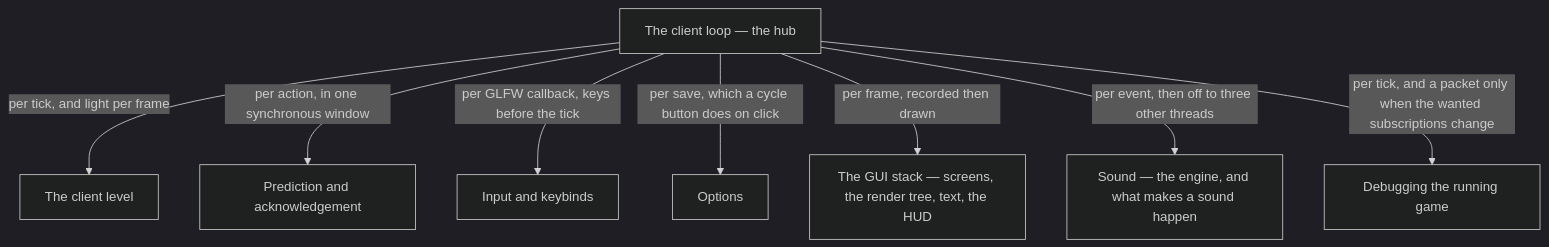
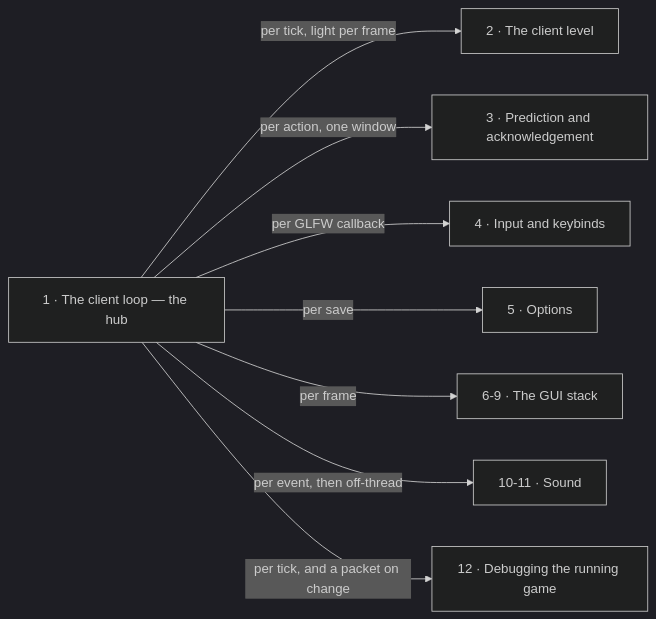
The diagram in src/systems/client/README.md (AlexanderjFraser/MinecraftDocs), drawn with Mermaid (dark theme) before and after one commit. The commit also changed other lines of this file and 18 other files, not shown here.

````diff
--- a/src/systems/client/README.md
+++ b/src/systems/client/README.md
@@ -29,18 +28,18 @@
 ```mermaid
-flowchart TD
-    LOOP["The client loop — the hub"]
-    LEVEL["The client level"]
-    PRED["Prediction and acknowledgement"]
-    INPUT["Input and keybinds"]
-    OPT["Options"]
-    GUI["The GUI stack — screens, the render tree, text, the HUD"]
-    SND["Sound — the engine, and what makes a sound happen"]
-    DBG["Debugging the running game"]
-    LOOP -- "per tick, and light per frame" --> LEVEL
-    LOOP -- "per action, in one synchronous window" --> PRED
-    LOOP -- "per GLFW callback, keys before the tick" --> INPUT
-    LOOP -- "per save, which a cycle button does on click" --> OPT
-    LOOP -- "per frame, recorded then drawn" --> GUI
-    LOOP -- "per event, then off to three other threads" --> SND
-    LOOP -- "per tick, and a packet only when the wanted subscriptions change" --> DBG
+flowchart LR
+    LOOP["1 · The client loop — the hub"]
+    LEVEL["2 · The client level"]
+    PRED["3 · Prediction and acknowledgement"]
+    INPUT["4 · Input and keybinds"]
+    OPT["5 · Options"]
+    GUI["6-9 · The GUI stack"]
+    SND["10-11 · Sound"]
+    DBG["12 · Debugging the running game"]
+    LOOP -- "per tick, light per frame" --> LEVEL
+    LOOP -- "per action, one window" --> PRED
+    LOOP -- "per GLFW callback" --> INPUT
+    LOOP -- "per save" --> OPT
+    LOOP -- "per frame" --> GUI
+    LOOP -- "per event, then off-thread" --> SND
+    LOOP -- "per tick, and a packet on change" --> DBG
 ```
````
